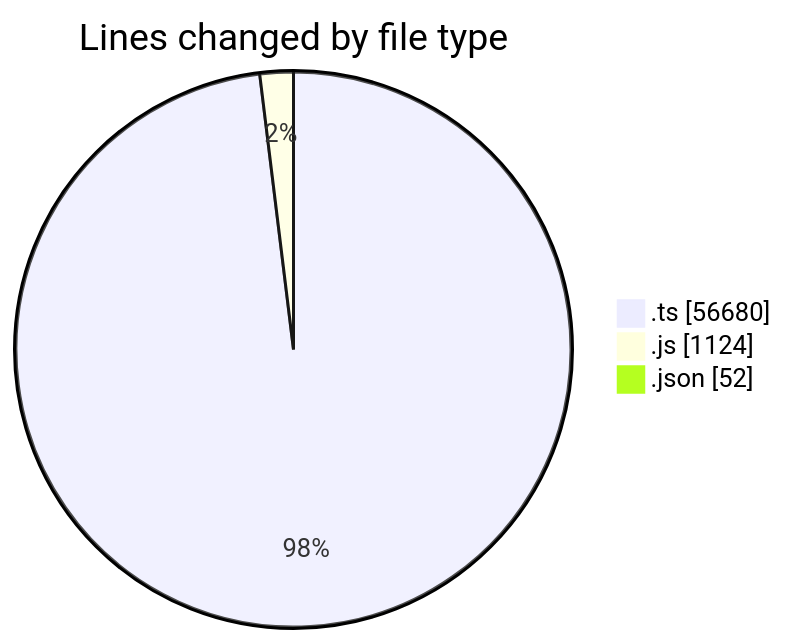
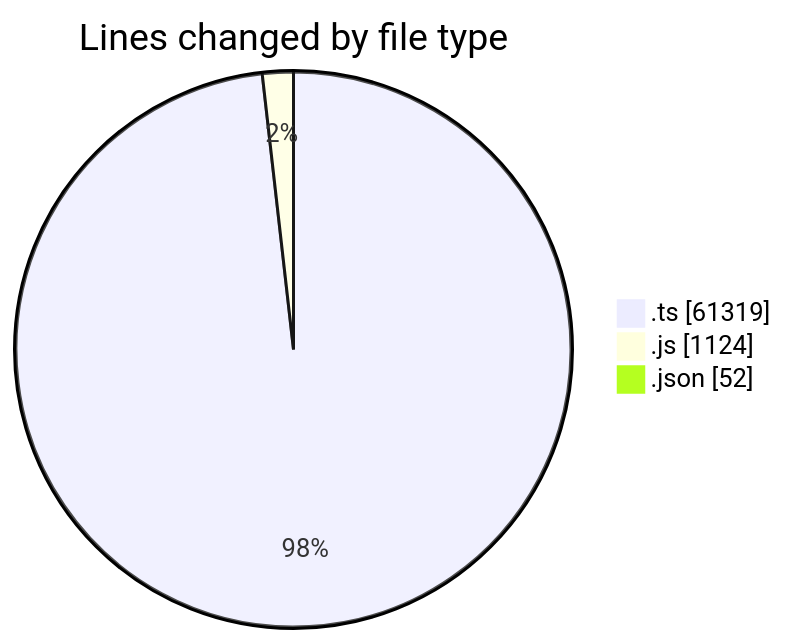
Before and after one commit to momahboobian/code-tracking: the first of 2 diagrams in 2026-10-23/cda/README.md, drawn with Mermaid. The commit also changed other lines of this file and 1 other file, not shown here.

````diff
--- a/2026-10-23/cda/README.md
+++ b/2026-10-23/cda/README.md
@@ -41,7 +41,7 @@
 ```mermaid
 pie showData
 title Lines changed by file type
-".ts" : 56680
+".ts" : 61319
 ".js" : 1124
 ".json" : 52
 ```
````
